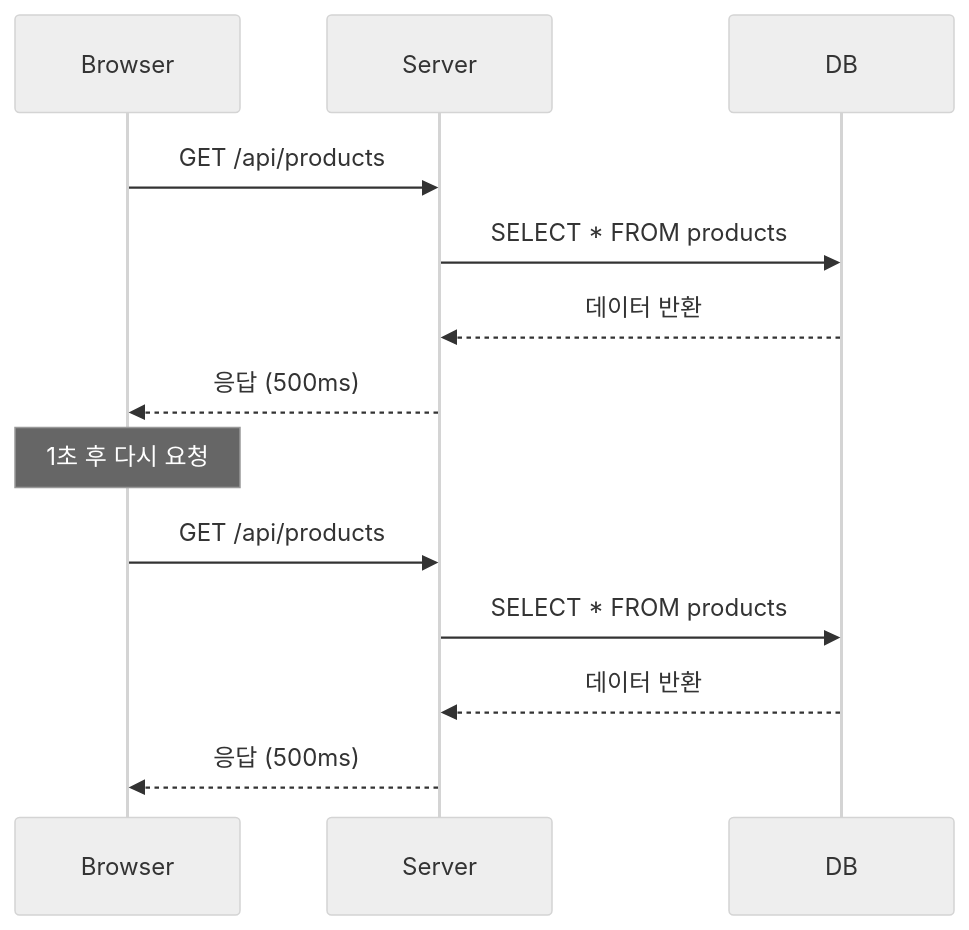
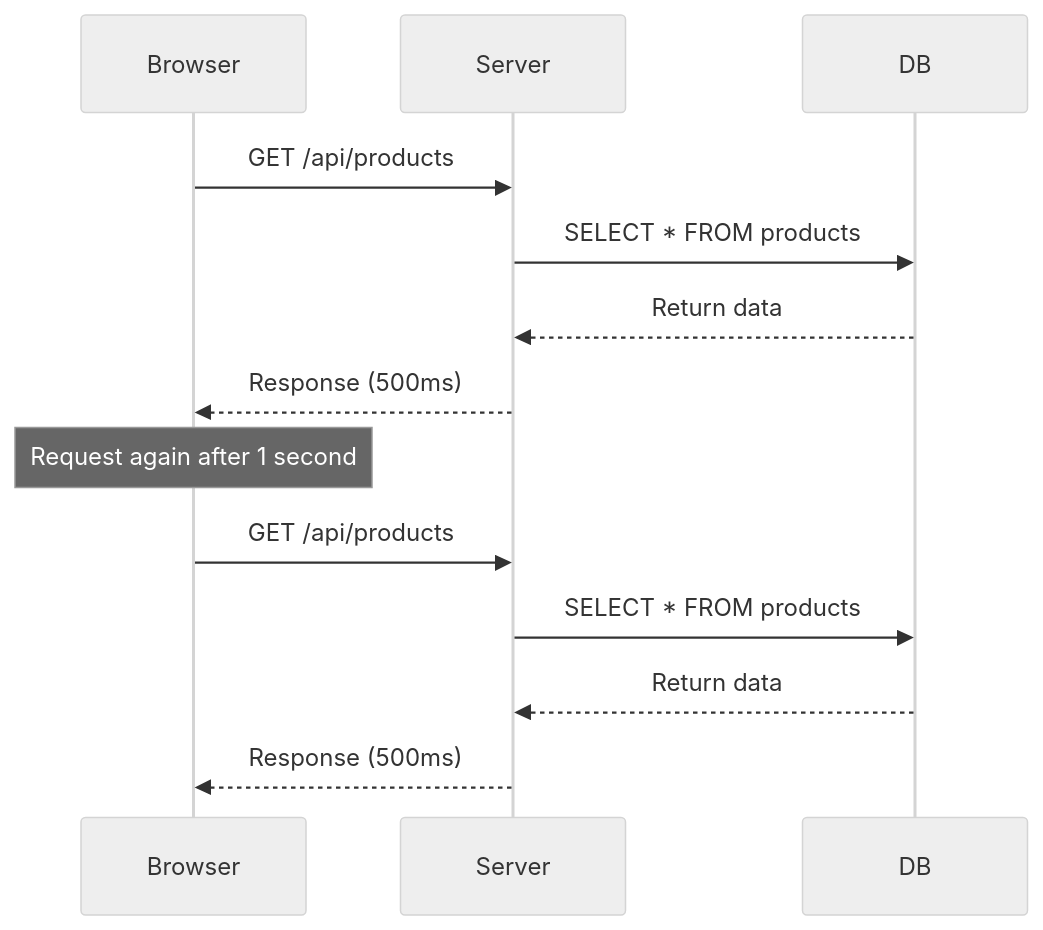
One commit to cartanova-ai/sonamu changed the first of 4 diagrams in modules/docs/en/advanced-features/cache-control/what-is-cache-control.mdx. Above: the diagram before and after it, drawn with Mermaid (neutral theme). The commit also changed other lines of this file and 86 other files, not shown here.

````diff
--- a/modules/docs/en/advanced-features/cache-control/what-is-cache-control.mdx
+++ b/modules/docs/en/advanced-features/cache-control/what-is-cache-control.mdx
@@ -14,18 +14,18 @@
 ```mermaid
 sequenceDiagram
     participant Browser
     participant Server
     participant DB
 
     Browser->>Server: GET /api/products
     Server->>DB: SELECT * FROM products
-    DB-->>Server: 데이터 반환
-    Server-->>Browser: 응답 (500ms)
+    DB-->>Server: Return data
+    Server-->>Browser: Response (500ms)
 
-    Note over Browser: 1초 후 다시 요청
-    
+    Note over Browser: Request again after 1 second
+
     Browser->>Server: GET /api/products
     Server->>DB: SELECT * FROM products
-    DB-->>Server: 데이터 반환
-    Server-->>Browser: 응답 (500ms)
+    DB-->>Server: Return data
+    Server-->>Browser: Response (500ms)
 ```
````
